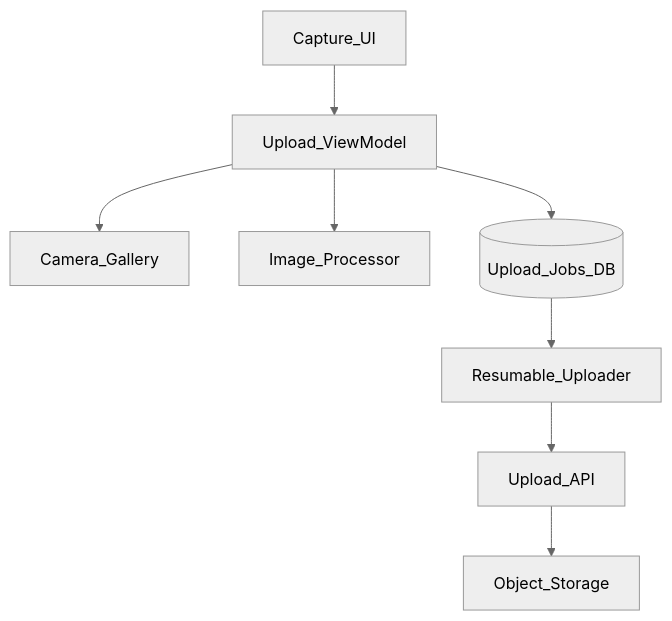
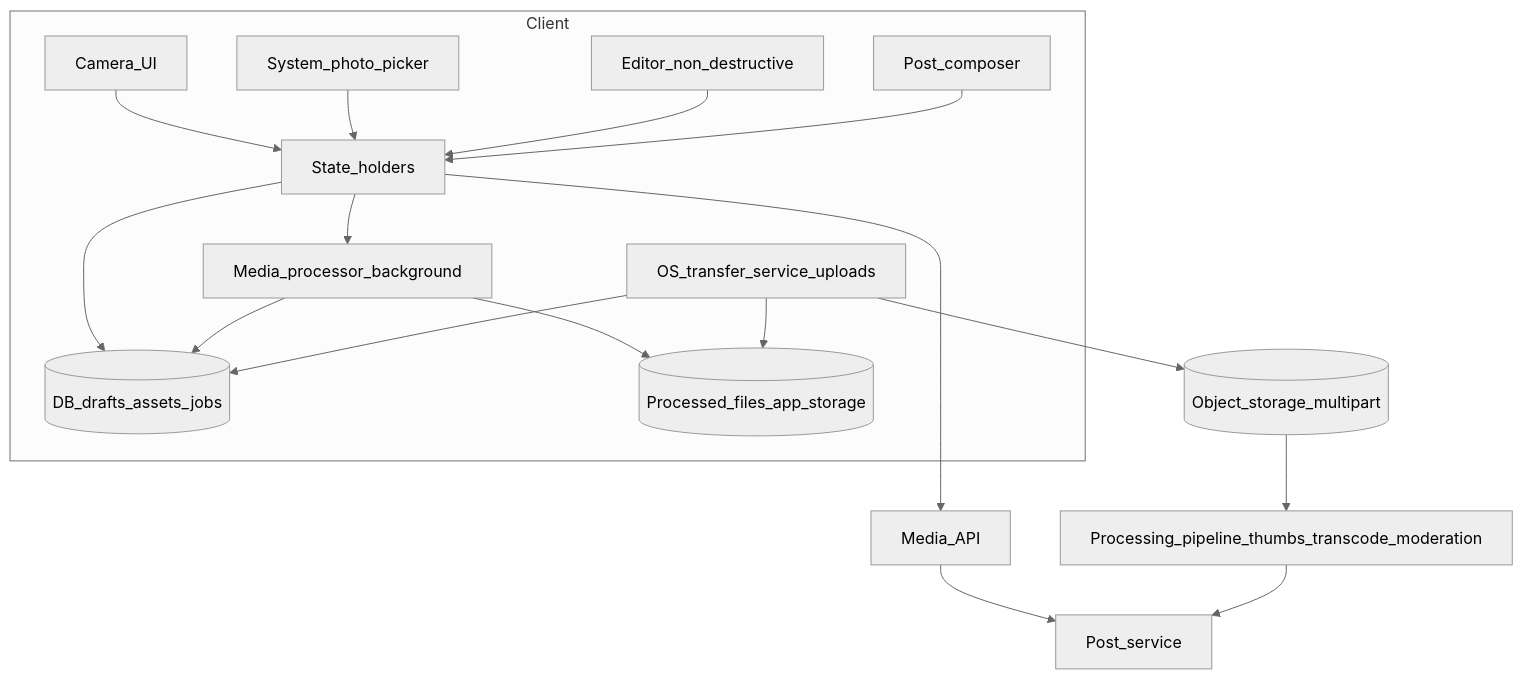
The first of 2 diagrams in book/part-3-consumer-apps/25-photo-camera-upload.md (yadavsandeep24/san_system_design), drawn with Mermaid (neutral theme) before and after one commit. The commit also changed other lines of this file and 1 other file, not shown here.

First line of the commit message:
Rewrite Ch 25 photo upload in depth; fix Mermaid node name in Ch 18

````diff
--- a/book/part-3-consumer-apps/25-photo-camera-upload.md
+++ b/book/part-3-consumer-apps/25-photo-camera-upload.md
@@ -27,16 +47,33 @@
 ```mermaid
 flowchart TB
-  ui[Capture_UI]
-  vm[Upload_ViewModel]
-  cam[Camera_Gallery]
-  proc[Image_Processor]
-  jobs[(Upload_Jobs_DB)]
-  uploader[Resumable_Uploader]
-  api[Upload_API]
-  cdn[Object_Storage]
-  ui --> vm
-  vm --> cam
-  vm --> proc
-  vm --> jobs
-  jobs --> uploader --> api --> cdn
+  subgraph Client
+    cam[Camera_UI]
+    picker[System_photo_picker]
+    editor[Editor_non_destructive]
+    compose[Post_composer]
+    vm[State_holders]
+    proc[Media_processor_background]
+    db[(DB_drafts_assets_jobs)]
+    files[(Processed_files_app_storage)]
+    xfer[OS_transfer_service_uploads]
+    cam --> vm
+    picker --> vm
+    editor --> vm
+    compose --> vm
+    vm --> db
+    vm --> proc
+    proc --> files
+    proc --> db
+    xfer --> files
+    xfer --> db
+  end
+  api[Media_API]
+  store[(Object_storage_multipart)]
+  pipeline[Processing_pipeline_thumbs_transcode_moderation]
+  posts[Post_service]
+  vm --> api
+  xfer --> store
+  store --> pipeline
+  api --> posts
+  pipeline --> posts
 ```
````
